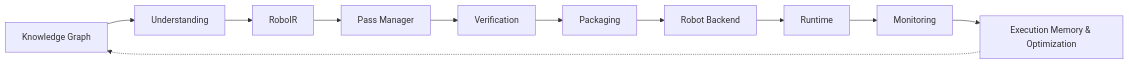
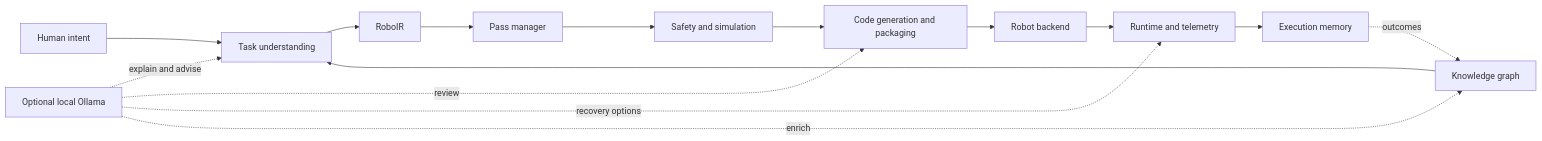
One commit to Siddharthpatni/Roboweaver changed the diagram in README.md. Above: the diagram before and after it, drawn with Mermaid. The commit also changed other lines of this file, not shown here.

````diff
--- a/README.md
+++ b/README.md
@@ -72,7 +82,18 @@
 ```mermaid
 flowchart LR
-    K[Knowledge Graph] --> U[Understanding] --> IR[RoboIR] --> PM[Pass Manager]
-    PM --> V[Verification] --> P[Packaging] --> B[Robot Backend]
-    B --> R[Runtime] --> M[Monitoring] --> Mem[Execution Memory & Optimization]
-    Mem -.-> K
+    I[Human intent] --> U[Task understanding]
+    K[Knowledge graph] --> U
+    U --> IR[RoboIR]
+    IR --> PM[Pass manager]
+    PM --> V[Safety and simulation]
+    V --> C[Code generation and packaging]
+    C --> B[Robot backend]
+    B --> R[Runtime and telemetry]
+    R --> M[Execution memory]
+    M -. outcomes .-> K
+
+    O[Optional local Ollama] -. explain and advise .-> U
+    O -. review .-> C
+    O -. recovery options .-> R
+    O -. enrich .-> K
 ```
````
